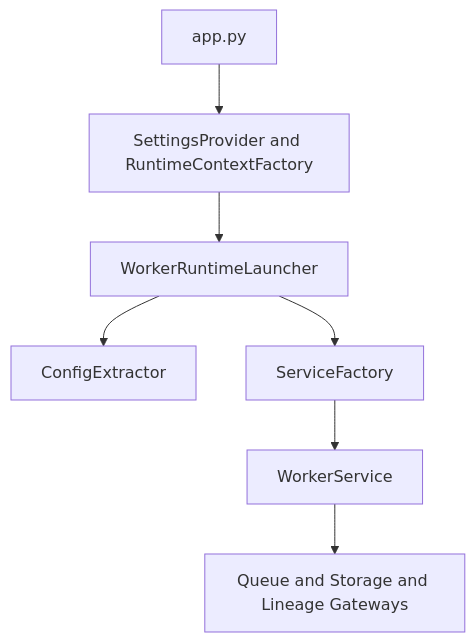
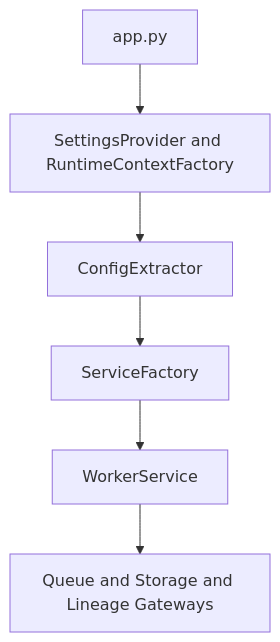
One commit to ElwesHonorato/governed-rag-foundation changed the first of 2 diagrams in domains/worker_chunk_text/docs/ARCHITECTURE.md. Above: the diagram before and after it, drawn with Mermaid. The commit also changed other lines of this file and 179 other files, not shown here.

First line of the commit message:
Refactor/worker runtime alignment (#9)

````diff
--- a/domains/worker_chunk_text/docs/ARCHITECTURE.md
+++ b/domains/worker_chunk_text/docs/ARCHITECTURE.md
@@ -57,9 +63,8 @@
 ```mermaid
 graph TD
     A[app.py] --> B[SettingsProvider and RuntimeContextFactory]
-    B --> C[WorkerRuntimeLauncher]
-    C --> D[ConfigExtractor]
-    C --> E[ServiceFactory]
-    E --> F[WorkerService]
-    F --> G[Queue and Storage and Lineage Gateways]
+    B --> C[ConfigExtractor]
+    C --> D[ServiceFactory]
+    D --> E[WorkerService]
+    E --> F[Queue and Storage and Lineage Gateways]
 ```
````
